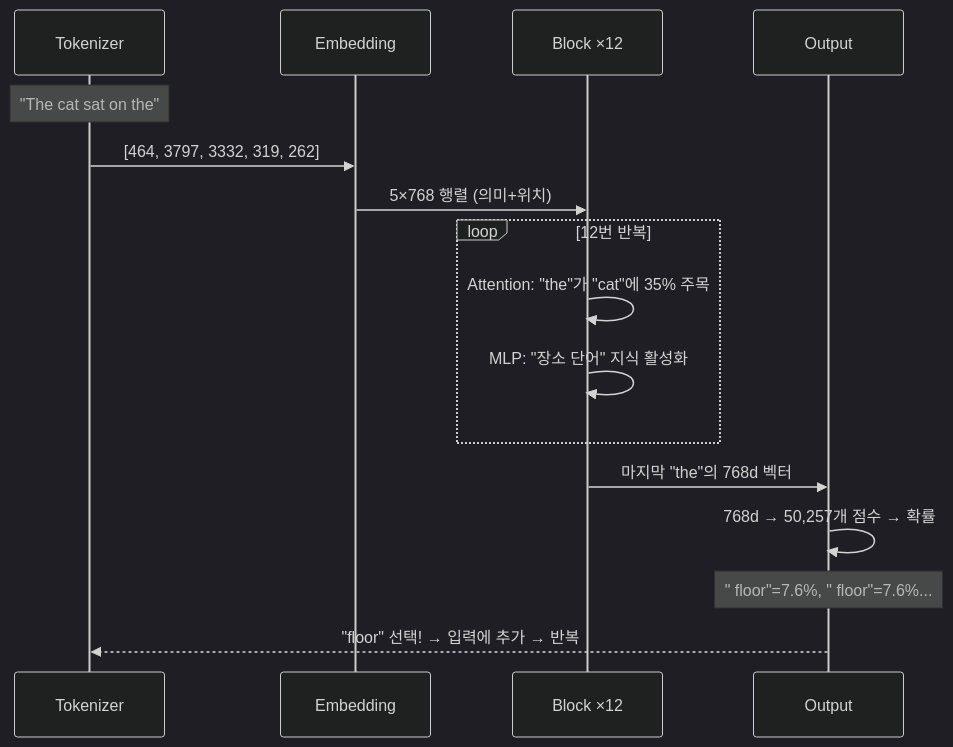
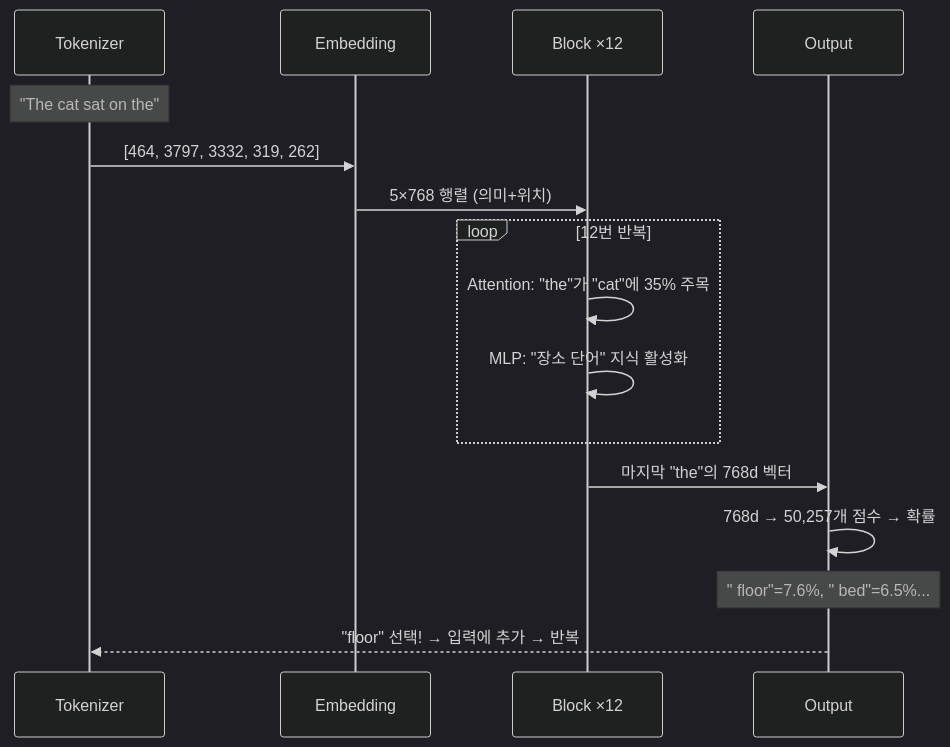
Before and after one commit to ddiiwoong/newblog: the seventh of 27 diagrams in blog/2026-08-07-transformer-explainer.md, drawn with Mermaid (dark theme). The commit also changed other lines of this file and 17 other files, not shown here.

````diff
--- a/blog/2026-08-07-transformer-explainer.md
+++ b/blog/2026-08-07-transformer-explainer.md
@@ -767,21 +767,21 @@
 ```mermaid
 sequenceDiagram
     participant T as Tokenizer
     participant E as Embedding
     participant B as Block ×12
     participant O as Output
 
     Note over T: "The cat sat on the"
     T->>E: [464, 3797, 3332, 319, 262]
     E->>B: 5×768 행렬 (의미+위치)
     
     loop 12번 반복
         B->>B: Attention: "the"가 "cat"에 35% 주목
         B->>B: MLP: "장소 단어" 지식 활성화
     end
     
     B->>O: 마지막 "the"의 768d 벡터
     O->>O: 768d → 50,257개 점수 → 확률
-    Note over O: " floor"=7.6%, " floor"=7.6%...
+    Note over O: " floor"=7.6%, " bed"=6.5%...
     O-->>T: "floor" 선택! → 입력에 추가 → 반복
 ```
````
